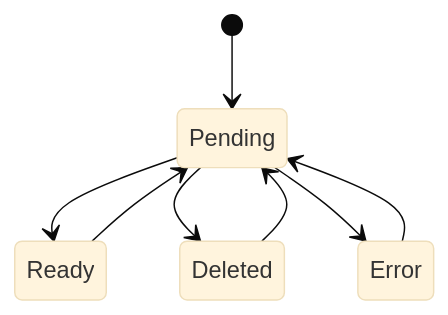
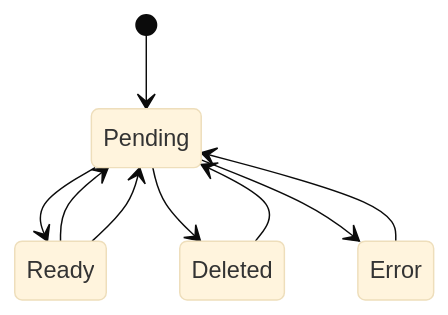
The second of 3 diagrams in 003-franz/003.3-topic-claim.md (KafkaMetamorphosis/docs), drawn with Mermaid (base theme) before and after one commit. The commit also changed other lines of this file and 1 other file, not shown here.

````diff
--- a/003-franz/003.3-topic-claim.md
+++ b/003-franz/003.3-topic-claim.md
@@ -192,12 +56,14 @@
 ```mermaid
 stateDiagram-v2
     [*]           --> Pending
 
     Pending       --> Ready
     Pending       --> Deleted
     Pending       --> Error
     
     Ready         --> Pending
     Deleted       --> Pending
     Error         --> Pending
+
+    Ready         --> Pending
 ```
````
